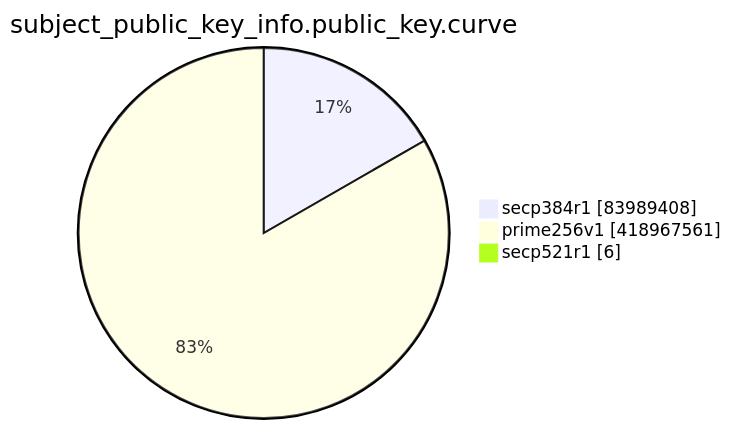
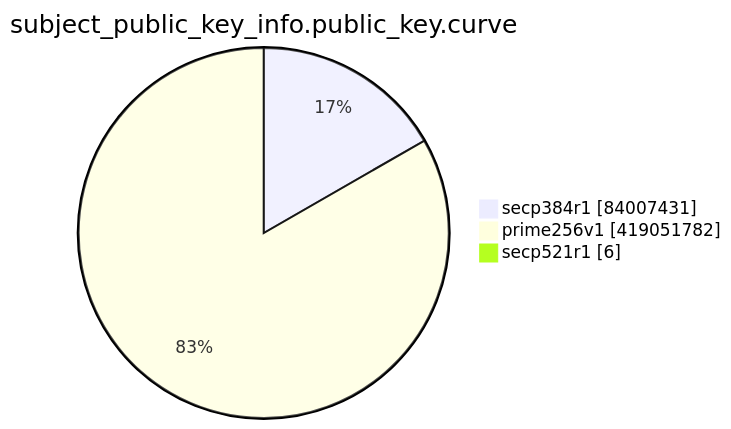
One commit to christiankrug/ctmonitor_visualization changed the eighth of 15 diagrams in TOTAL/README.md. Above: the diagram before and after it, drawn with Mermaid. The commit also changed other lines of this file, not shown here.

````diff
--- a/TOTAL/README.md
+++ b/TOTAL/README.md
@@ -3099,7 +3099,7 @@
 ```mermaid
 pie showData
 title subject_public_key_info.public_key.curve
-"secp384r1" :83989408
-"prime256v1" :418967561
+"secp384r1" :84007431
+"prime256v1" :419051782
 "secp521r1" :6
 ```
````
